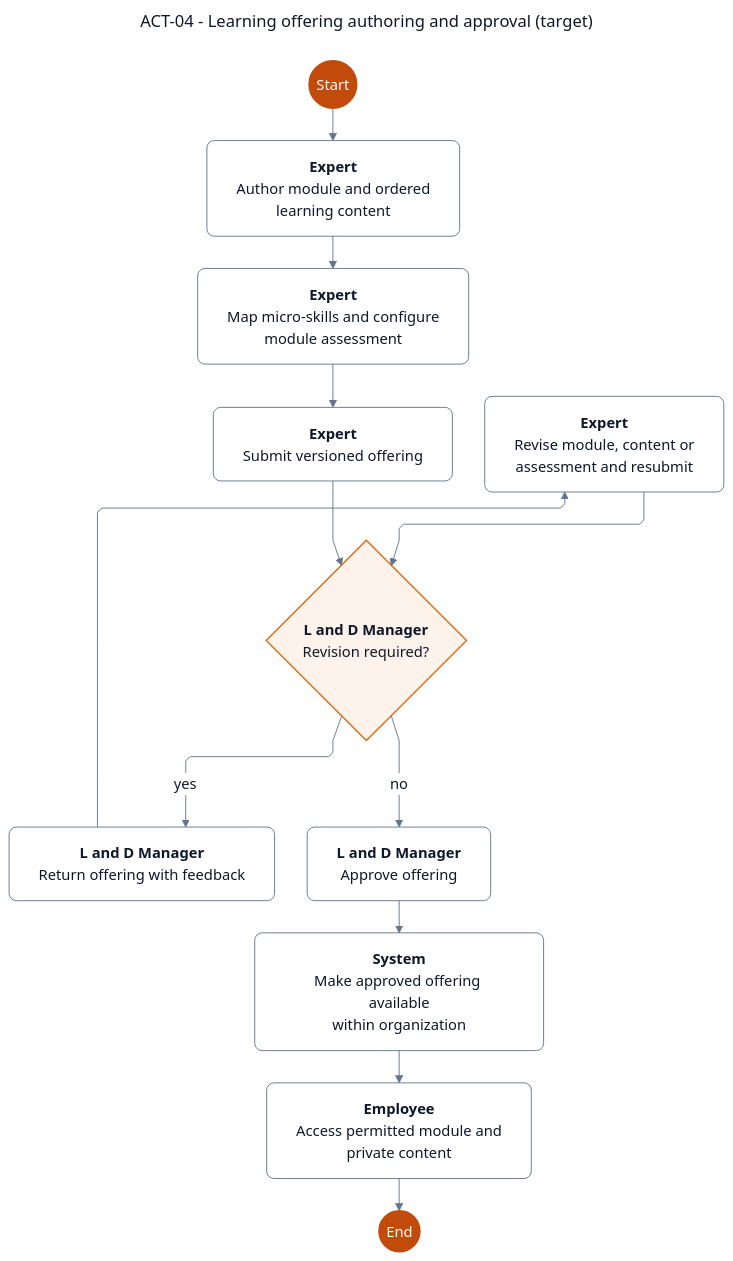
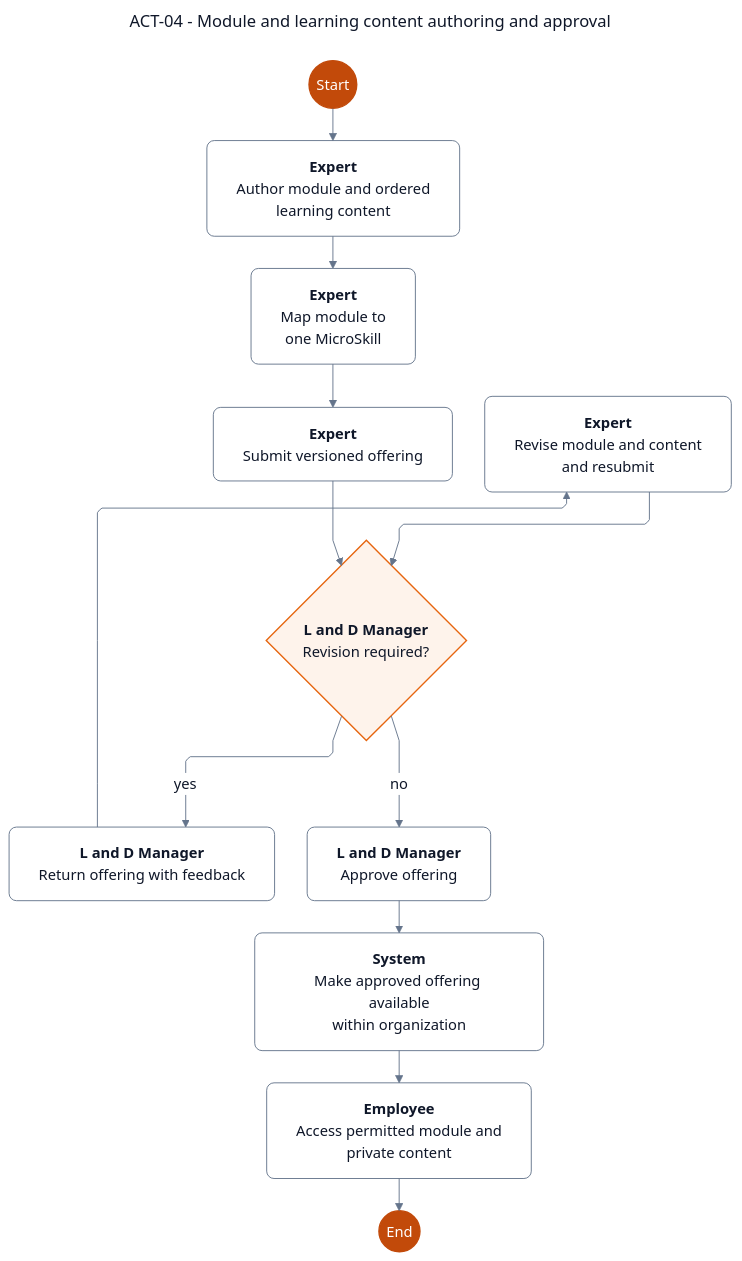
Before and after one commit to SEP490-Fall-2026-GFA26SE64/SEP490: the diagram in documents/diagrams/mermaid/act-04.mmd, drawn with Mermaid. The commit also changed 19 other files, not shown here.

```diff
--- a/documents/diagrams/mermaid/act-04.mmd
+++ b/documents/diagrams/mermaid/act-04.mmd
@@ -1,33 +1,33 @@
 ---
-title: "ACT-04 - Learning offering authoring and approval (target)"
+title: "ACT-04 - Module and learning content authoring and approval"
 config: {"theme":"base","fontFamily":"Segoe UI, Arial, sans-serif","themeVariables":{"fontFamily":"Segoe UI, Arial, sans-serif","fontSize":"16px","primaryColor":"#ffffff","primaryTextColor":"#0f1729","primaryBorderColor":"#64748b","secondaryColor":"#fef3eb","tertiaryColor":"#ffffff","lineColor":"#64748b","textColor":"#0f1729","mainBkg":"#ffffff","background":"#ffffff","clusterBkg":"#ffffff","clusterBorder":"#64748b","edgeLabelBackground":"#ffffff","titleColor":"#0f1729","noteBkgColor":"#fef3eb","noteTextColor":"#0f1729","noteBorderColor":"#e6650f","secondaryBorderColor":"#64748b","tertiaryBorderColor":"#64748b","secondaryTextColor":"#0f1729","tertiaryTextColor":"#0f1729"},"layout":"elk","elk":{"mergeEdges":false,"nodePlacementStrategy":"NETWORK_SIMPLEX"},"flowchart":{"htmlLabels":true,"nodeSpacing":28,"rankSpacing":56,"curve":"linear","diagramPadding":24,"padding":16,"wrappingWidth":250}}
 ---
 flowchart TD
     SRS_ACT_04_N1(("Start"))
     SRS_ACT_04_N2["<b>Expert</b><br/>Author module and ordered<br/>learning content"]
-    SRS_ACT_04_N3["<b>Expert</b><br/>Map micro-skills and configure<br/>module assessment"]
+    SRS_ACT_04_N3["<b>Expert</b><br/>Map module to<br/>one MicroSkill"]
     SRS_ACT_04_N4["<b>Expert</b><br/>Submit versioned offering"]
-    SRS_ACT_04_N7["<b>Expert</b><br/>Revise module, content or<br/>assessment and resubmit"]
+    SRS_ACT_04_N7["<b>Expert</b><br/>Revise module and content<br/>and resubmit"]
     SRS_ACT_04_N5{"<b>L and D Manager</b><br/>Revision required?"}
     SRS_ACT_04_N6["<b>L and D Manager</b><br/>Return offering with feedback"]
     SRS_ACT_04_N8["<b>L and D Manager</b><br/>Approve offering"]
     SRS_ACT_04_N9["<b>System</b><br/>Make approved offering available<br/>within organization"]
     SRS_ACT_04_N10["<b>Employee</b><br/>Access permitted module and<br/>private content"]
     SRS_ACT_04_N11(("End"))
   SRS_ACT_04_N1 --> SRS_ACT_04_N2
   SRS_ACT_04_N2 --> SRS_ACT_04_N3
   SRS_ACT_04_N3 --> SRS_ACT_04_N4
   SRS_ACT_04_N4 --> SRS_ACT_04_N5
   SRS_ACT_04_N5 -->|"yes"| SRS_ACT_04_N6
   SRS_ACT_04_N6 --> SRS_ACT_04_N7
   SRS_ACT_04_N7 --> SRS_ACT_04_N5
   SRS_ACT_04_N5 -->|"no"| SRS_ACT_04_N8
   SRS_ACT_04_N8 --> SRS_ACT_04_N9
   SRS_ACT_04_N9 --> SRS_ACT_04_N10
   SRS_ACT_04_N10 --> SRS_ACT_04_N11
 
   classDef default fill:#ffffff,stroke:#64748b,color:#0f1729,stroke-width:1px,rx:8,ry:8
   classDef decision fill:#fef3eb,stroke:#e6650f,color:#0f1729,stroke-width:1.5px
   class SRS_ACT_04_N5 decision
   classDef entry fill:#c24a0a,stroke:#c24a0a,color:#ffffff,stroke-width:1.5px
   class SRS_ACT_04_N1,SRS_ACT_04_N11 entry
```
